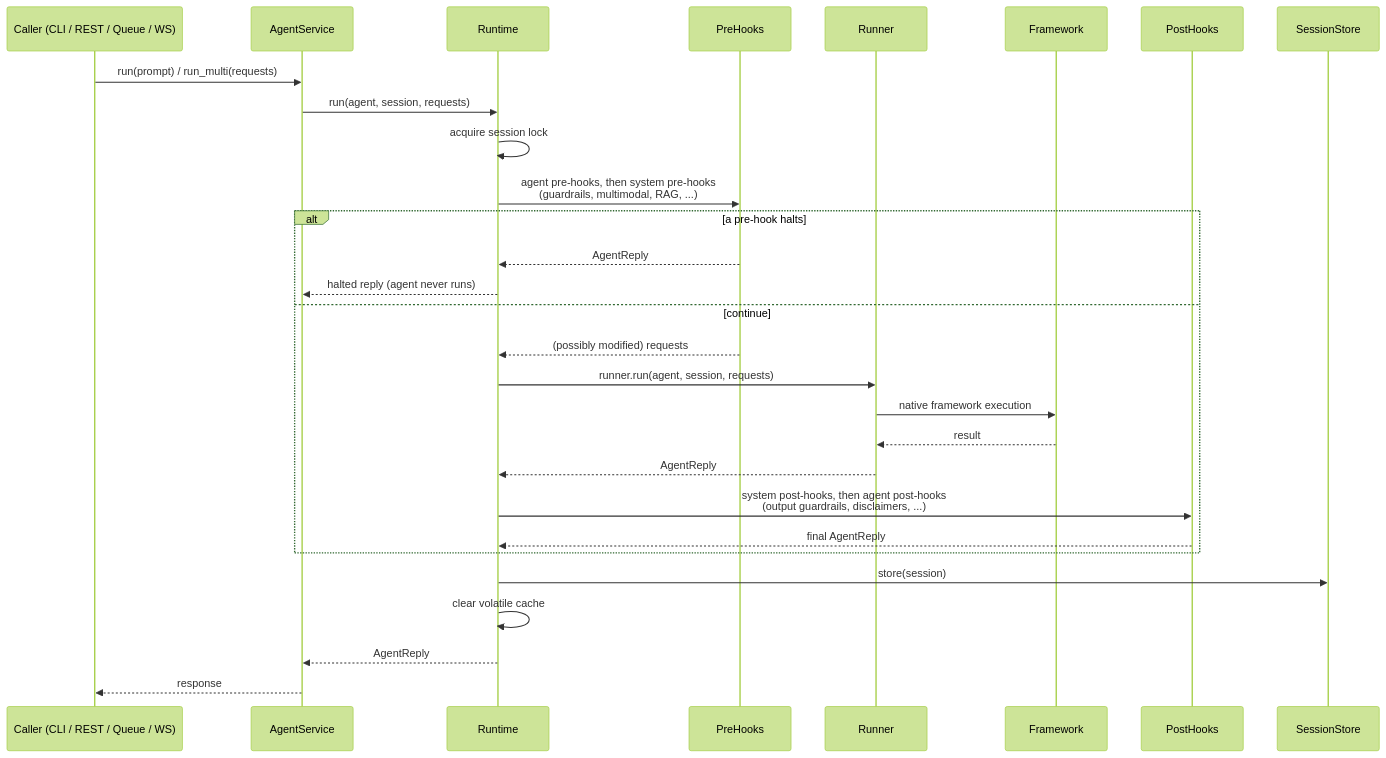
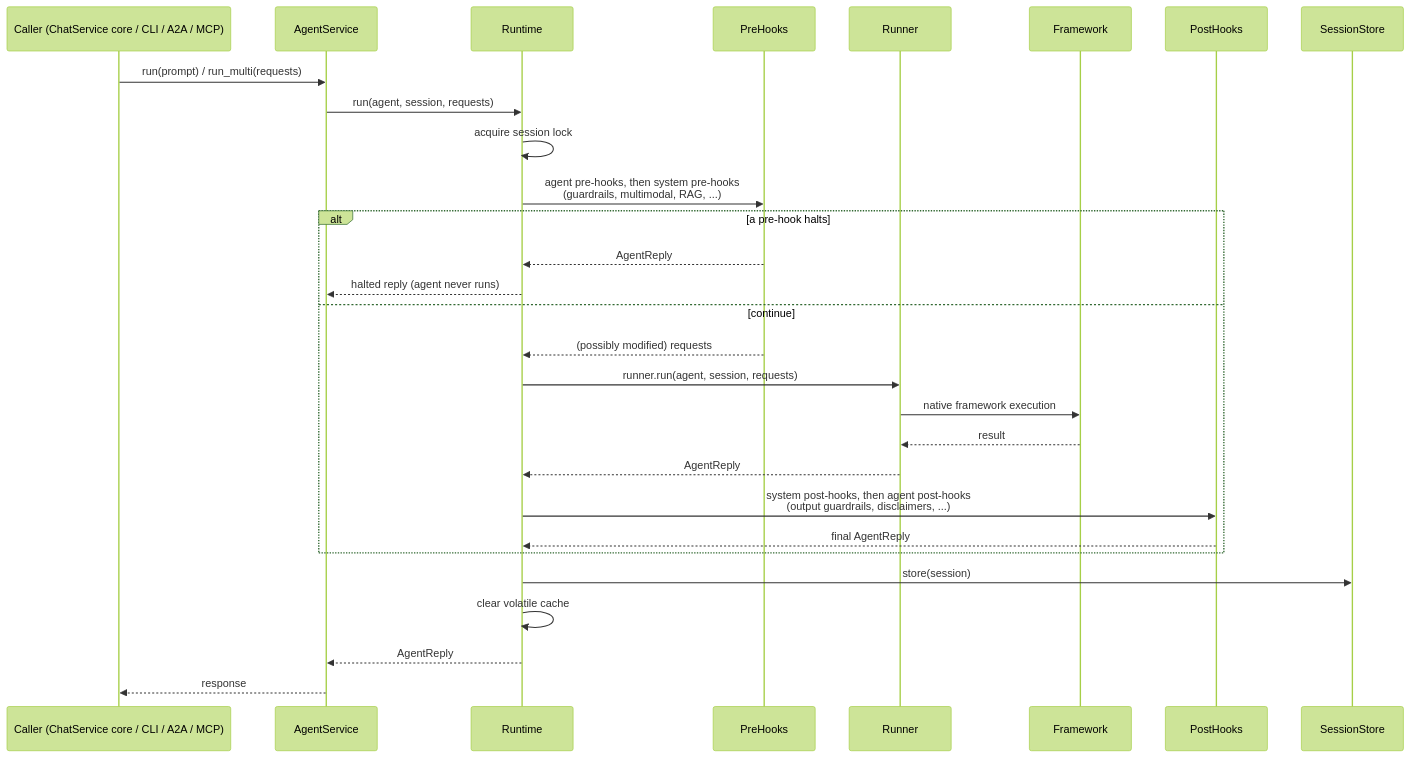
Before and after one commit to yaalalabs/agent-kernel: the second of 4 diagrams in docs/docs/architecture/overview.md, drawn with Mermaid (forest theme). The commit also changed other lines of this file and 13 other files, not shown here.

````diff
--- a/docs/docs/architecture/overview.md
+++ b/docs/docs/architecture/overview.md
@@ -156,32 +159,32 @@
 ```mermaid
 sequenceDiagram
-    participant U as Caller (CLI / REST / Queue / WS)
+    participant U as Caller (ChatService core / CLI / A2A / MCP)
     participant SVC as AgentService
     participant R as Runtime
     participant PH as PreHooks
     participant Run as Runner
     participant F as Framework
     participant PoH as PostHooks
     participant Store as SessionStore
 
     U->>SVC: run(prompt) / run_multi(requests)
     SVC->>R: run(agent, session, requests)
     R->>R: acquire session lock
     R->>PH: agent pre-hooks, then system pre-hooks<br/>(guardrails, multimodal, RAG, ...)
     alt a pre-hook halts
         PH-->>R: AgentReply
         R-->>SVC: halted reply (agent never runs)
     else continue
         PH-->>R: (possibly modified) requests
         R->>Run: runner.run(agent, session, requests)
         Run->>F: native framework execution
         F-->>Run: result
         Run-->>R: AgentReply
         R->>PoH: system post-hooks, then agent post-hooks<br/>(output guardrails, disclaimers, ...)
         PoH-->>R: final AgentReply
     end
     R->>Store: store(session)
     R->>R: clear volatile cache
     R-->>SVC: AgentReply
     SVC-->>U: response
 ```
````
